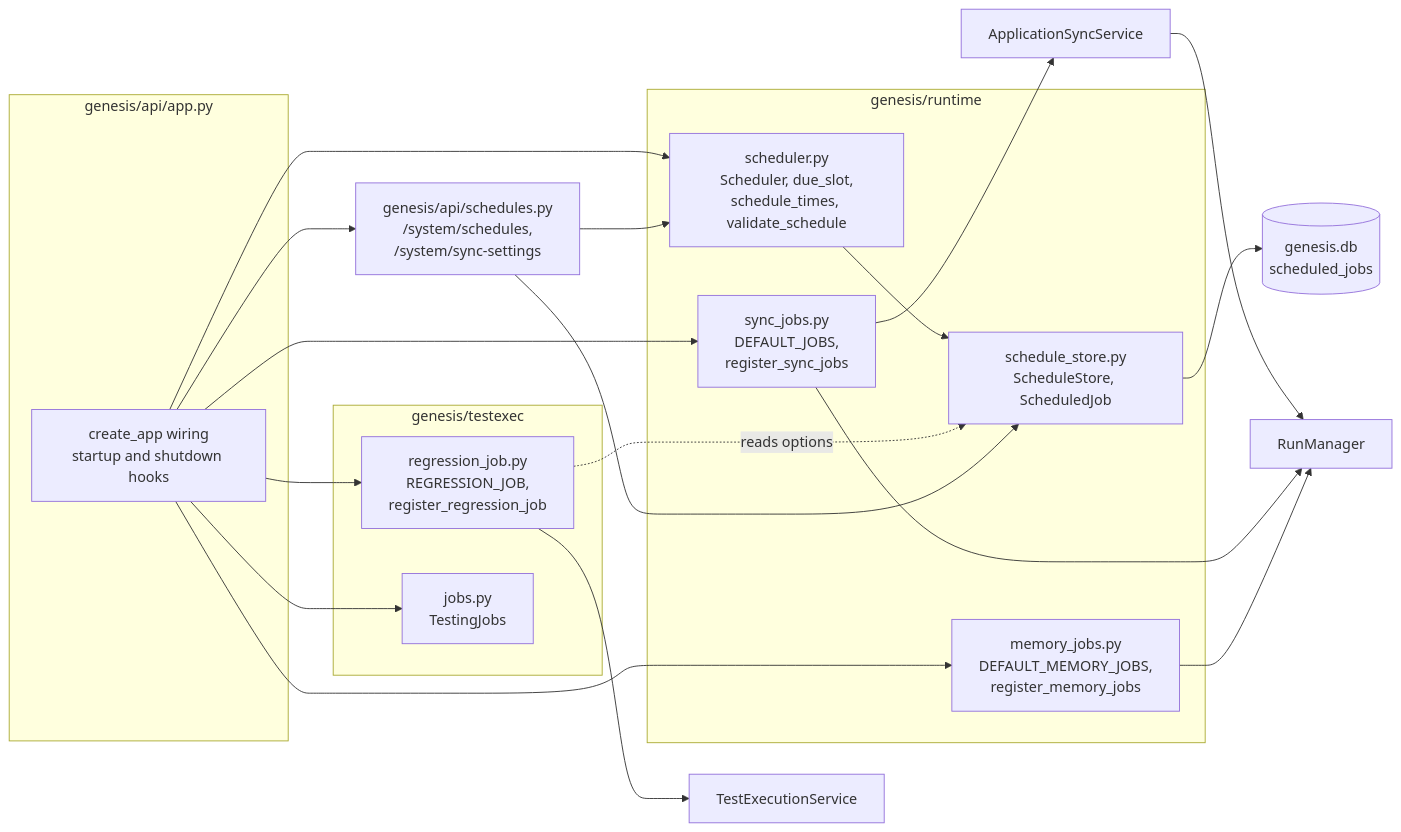
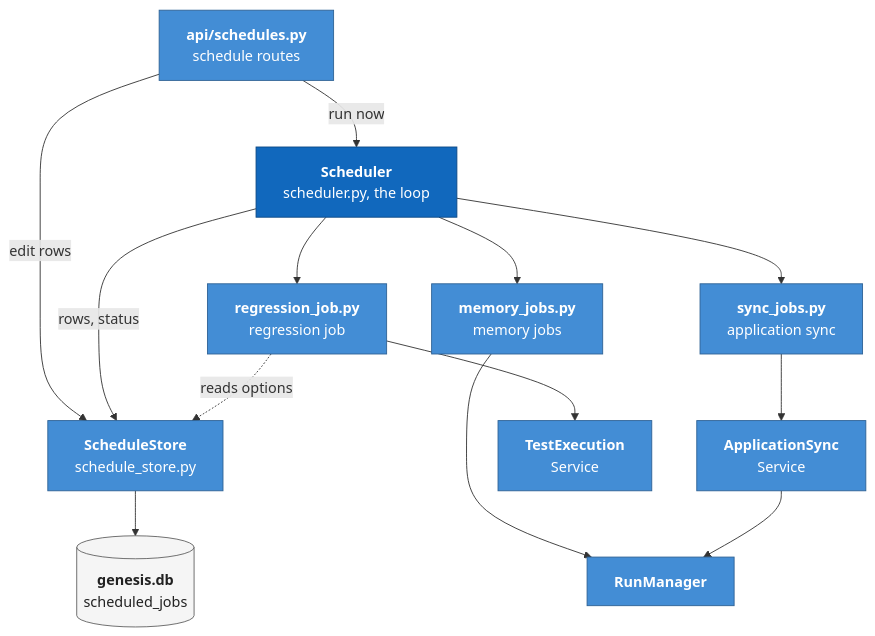
Before and after one commit to ram-020998/project-tracker: the first of 3 diagrams in genesis/architecture/modules/scheduler-and-jobs.md, drawn with Mermaid. The commit also changed other lines of this file and 24 other files, not shown here.

First line of the commit message:
architecture: rewrite all 86 Mermaid diagrams to one C4 style, each render-checked

````diff
--- a/genesis/architecture/modules/scheduler-and-jobs.md
+++ b/genesis/architecture/modules/scheduler-and-jobs.md
@@ -60,31 +60,29 @@
 ```mermaid
-flowchart LR
-    subgraph app["genesis/api/app.py"]
-        wire["create_app wiring<br/>startup and shutdown hooks"]
-    end
-    subgraph rt["genesis/runtime"]
-        sched["scheduler.py<br/>Scheduler, due_slot,<br/>schedule_times, validate_schedule"]
-        store["schedule_store.py<br/>ScheduleStore, ScheduledJob"]
-        sync["sync_jobs.py<br/>DEFAULT_JOBS,<br/>register_sync_jobs"]
-        mem["memory_jobs.py<br/>DEFAULT_MEMORY_JOBS,<br/>register_memory_jobs"]
-    end
-    subgraph te["genesis/testexec"]
-        reg["regression_job.py<br/>REGRESSION_JOB,<br/>register_regression_job"]
-        jobs["jobs.py<br/>TestingJobs"]
-    end
-    routes["genesis/api/schedules.py<br/>/system/schedules,<br/>/system/sync-settings"]
-    db[("genesis.db<br/>scheduled_jobs")]
-    rm["RunManager"]
-    asvc["ApplicationSyncService"]
-    exec["TestExecutionService"]
+flowchart TB
+    routes["<b>api/schedules.py</b><br/>schedule routes"]:::comp
+    sched["<b>Scheduler</b><br/>scheduler.py, the loop"]:::core
+    store["<b>ScheduleStore</b><br/>schedule_store.py"]:::comp
+    db[("<b>genesis.db</b><br/>scheduled_jobs")]:::data
 
-    wire --> sched & sync & mem & reg & jobs & routes
-    sched --> store --> db
+    reg["<b>regression_job.py</b><br/>regression job"]:::comp
+    mem["<b>memory_jobs.py</b><br/>memory jobs"]:::comp
+    sync["<b>sync_jobs.py</b><br/>application sync"]:::comp
+
+    asvc["<b>ApplicationSync</b><br/>Service"]:::comp
+    rm["<b>RunManager</b>"]:::comp
+    exec["<b>TestExecution</b><br/>Service"]:::comp
+
+    routes -- "run now" --> sched
+    routes -- "edit rows" --> store
+    sched -- "rows, status" --> store
+    store --> db
+    sched --> reg & mem & sync
+    reg -. "reads options" .-> store
+    reg --> exec
+    mem ---> rm
     sync --> asvc --> rm
-    sync --> rm
-    mem --> rm
-    reg --> exec
-    reg -. "reads options" .-> store
-    routes --> store
-    routes --> sched
+
+    classDef core fill:#1168bd,stroke:#0b4884,color:#ffffff
+    classDef comp fill:#438dd5,stroke:#2e6295,color:#ffffff
+    classDef data fill:#f5f5f5,stroke:#616161,color:#212121
 ```
````
